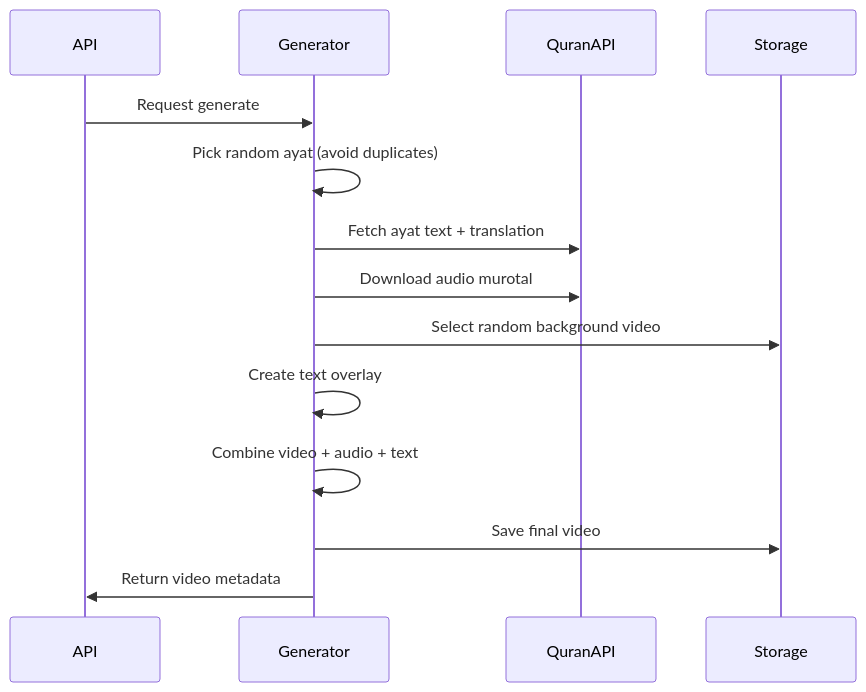
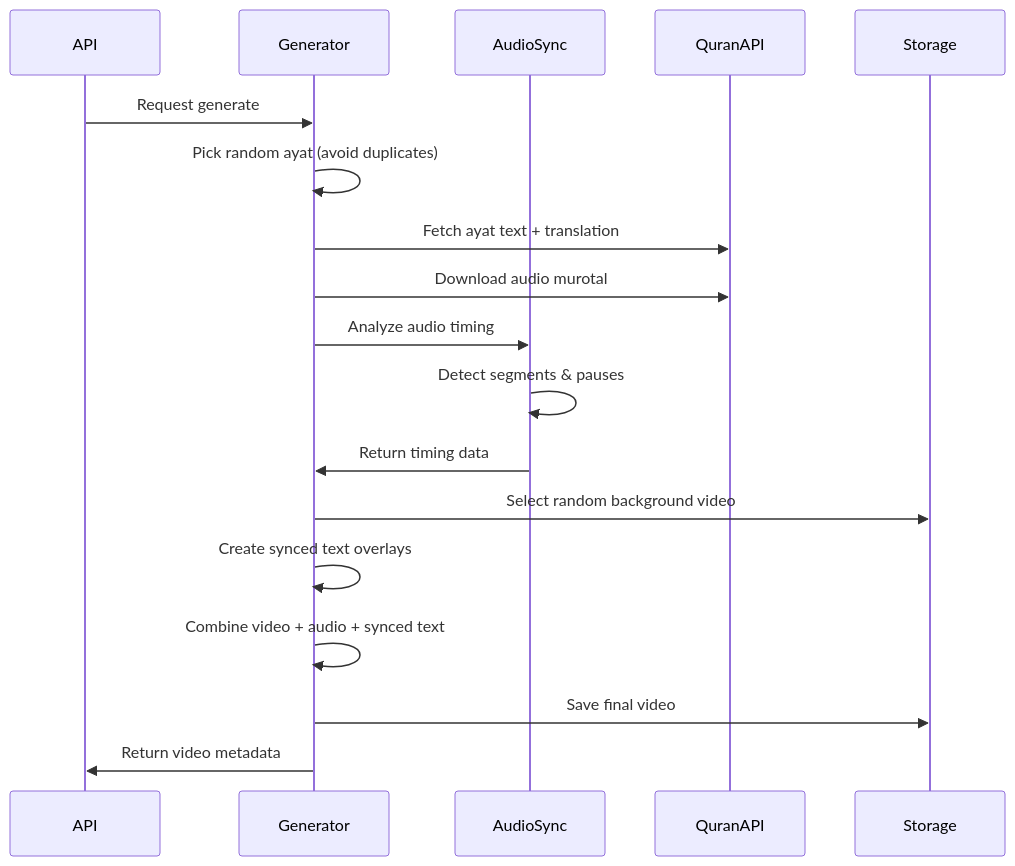
The second of 4 diagrams in .kiro/specs/quran-video-generator/design.md (Muhammadkafaby/content-tiktok-murotal-generator), drawn with Mermaid before and after one commit. The commit also changed other lines of this file and 10 other files, not shown here.

First line of the commit message:
feat(generator): add audio-text synchronization service

````diff
--- a/.kiro/specs/quran-video-generator/design.md
+++ b/.kiro/specs/quran-video-generator/design.md
@@ -119,17 +119,21 @@
 ```mermaid
 sequenceDiagram
     participant API
     participant Generator
+    participant AudioSync
     participant QuranAPI
     participant Storage
     
     API->>Generator: Request generate
     Generator->>Generator: Pick random ayat (avoid duplicates)
     Generator->>QuranAPI: Fetch ayat text + translation
     Generator->>QuranAPI: Download audio murotal
+    Generator->>AudioSync: Analyze audio timing
+    AudioSync->>AudioSync: Detect segments & pauses
+    AudioSync->>Generator: Return timing data
     Generator->>Storage: Select random background video
-    Generator->>Generator: Create text overlay
-    Generator->>Generator: Combine video + audio + text
+    Generator->>Generator: Create synced text overlays
+    Generator->>Generator: Combine video + audio + synced text
     Generator->>Storage: Save final video
     Generator->>API: Return video metadata
 ```
````
